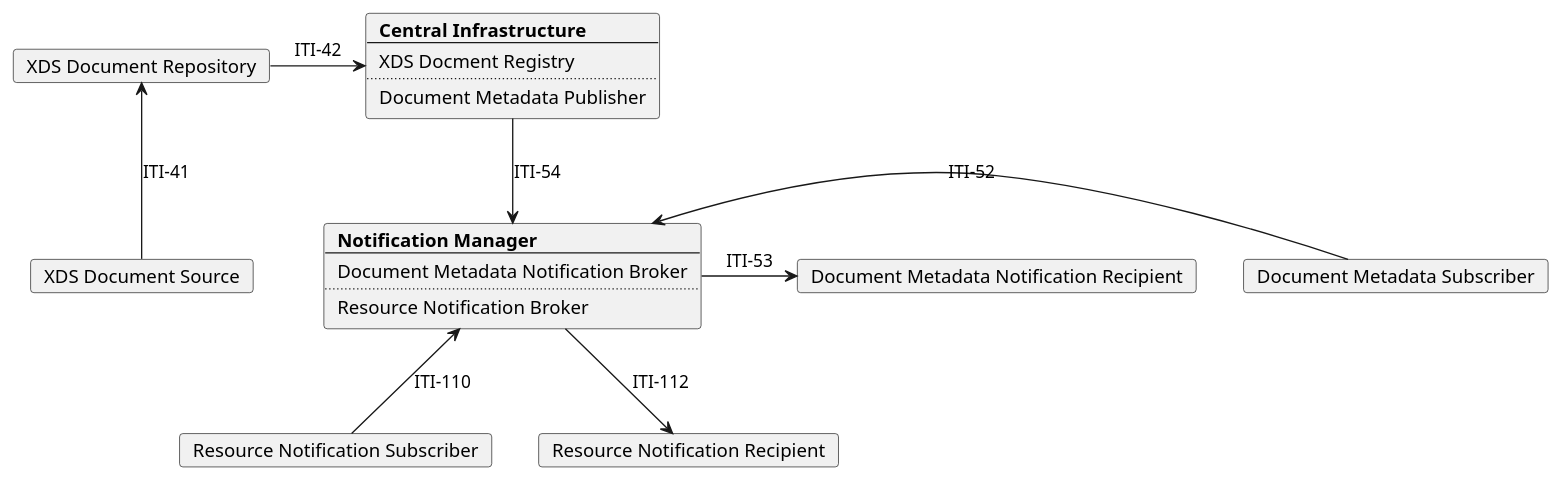
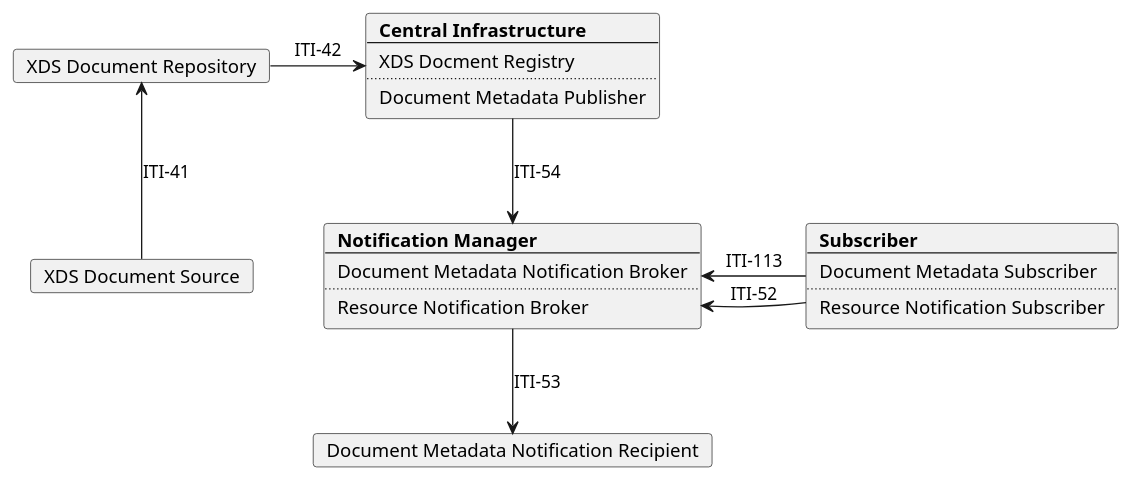
One commit to IHE/ITI.DSUBm changed the diagram in input/images-source/model_DSUB.plantuml. Above: the diagram before and after it, drawn with PlantUML. The commit also changed 1 other file, not shown here.

Commit message:
iti-110 update

```diff
--- a/input/images-source/model_DSUB.plantuml
+++ b/input/images-source/model_DSUB.plantuml
@@ -1,46 +1,47 @@
 @startuml
 skinparam svgDimensionStyle false
 skinparam componentStyle rectangle
 
 hide footbox
 /' title "DSUBm grouped with DSUB: Notification Manager" '/
 
 card "XDS Document Source" as Source
 card "XDS Document Repository" as Repo
 
 card  Central [
   <b>Central Infrastructure
   ----
   XDS Docment Registry
   ....
   Document Metadata Publisher
 ]
 
 card Broker [
   <b>Notification Manager
   ----
   Document Metadata Notification Broker
   ....
   Resource Notification Broker
 ]
 
-card "Document Metadata Subscriber" as DSUB_Subsciber 
+card Subscriber [
+  <b>Subscriber
+  ----
+  Document Metadata Subscriber
+  ....
+  Resource Notification Subscriber
+]
+
 card "Document Metadata Notification Recipient" as DSUB_Recipient 
 
-card "Resource Notification Subscriber" as DSUBm_Subsciber 
-card "Resource Notification Recipient" as DSUBm_Recipient 
 
-DSUBm_Subsciber -u-> Broker: ITI-110
+
+
+Subscriber -l-> Broker: ITI-52
+Subscriber -l-> Broker: ITI-113
 
 Source -u-> Repo: ITI-41
 Repo -r-> Central: ITI-42
 Central -d-> Broker: ITI-54
-
-
-DSUB_Subsciber -l->Broker: ITI-52
-Broker-r-> DSUB_Recipient: ITI-53
-Broker -d-> DSUBm_Recipient: ITI-112
-
-
-
+Broker-d-> DSUB_Recipient: ITI-53
 @enduml
```
